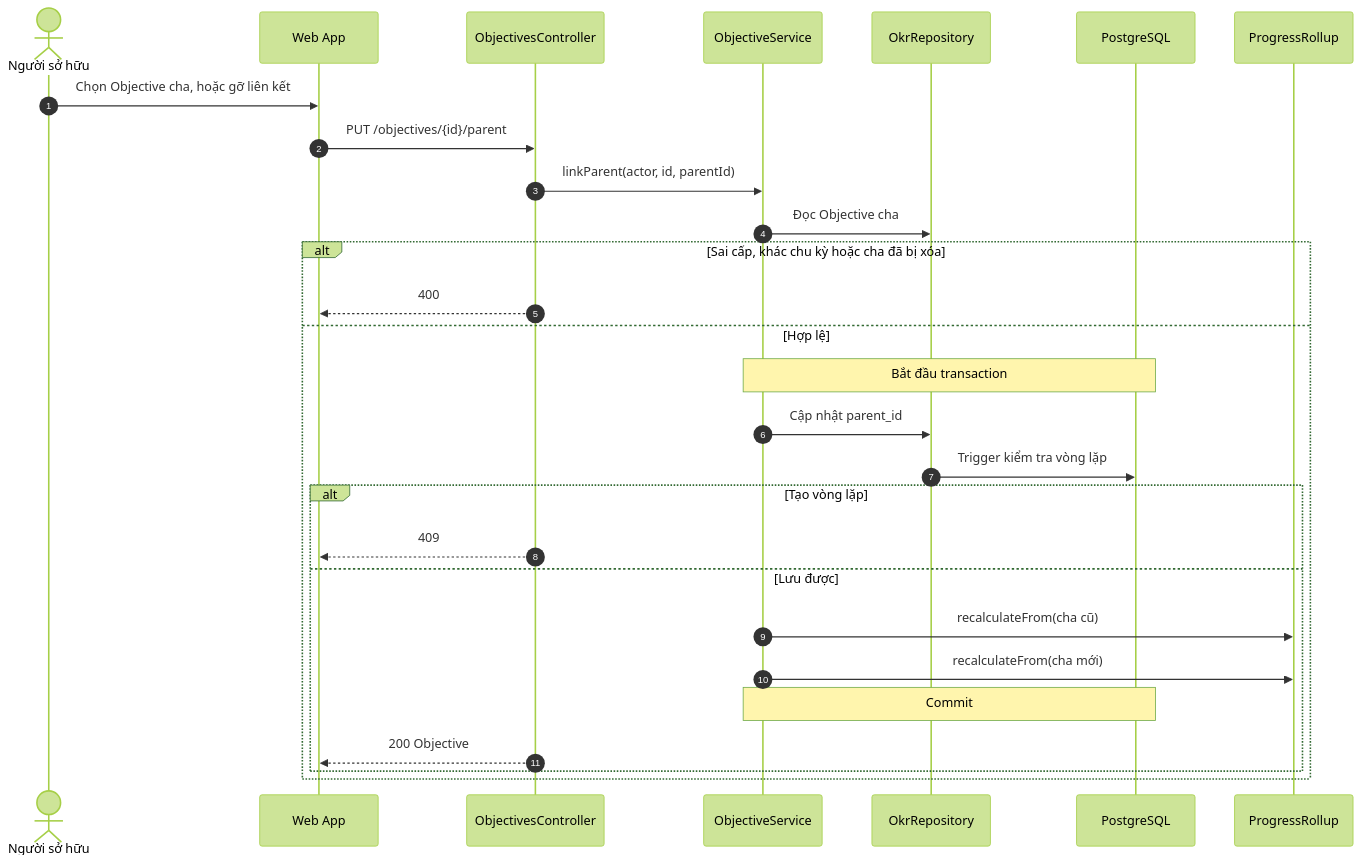
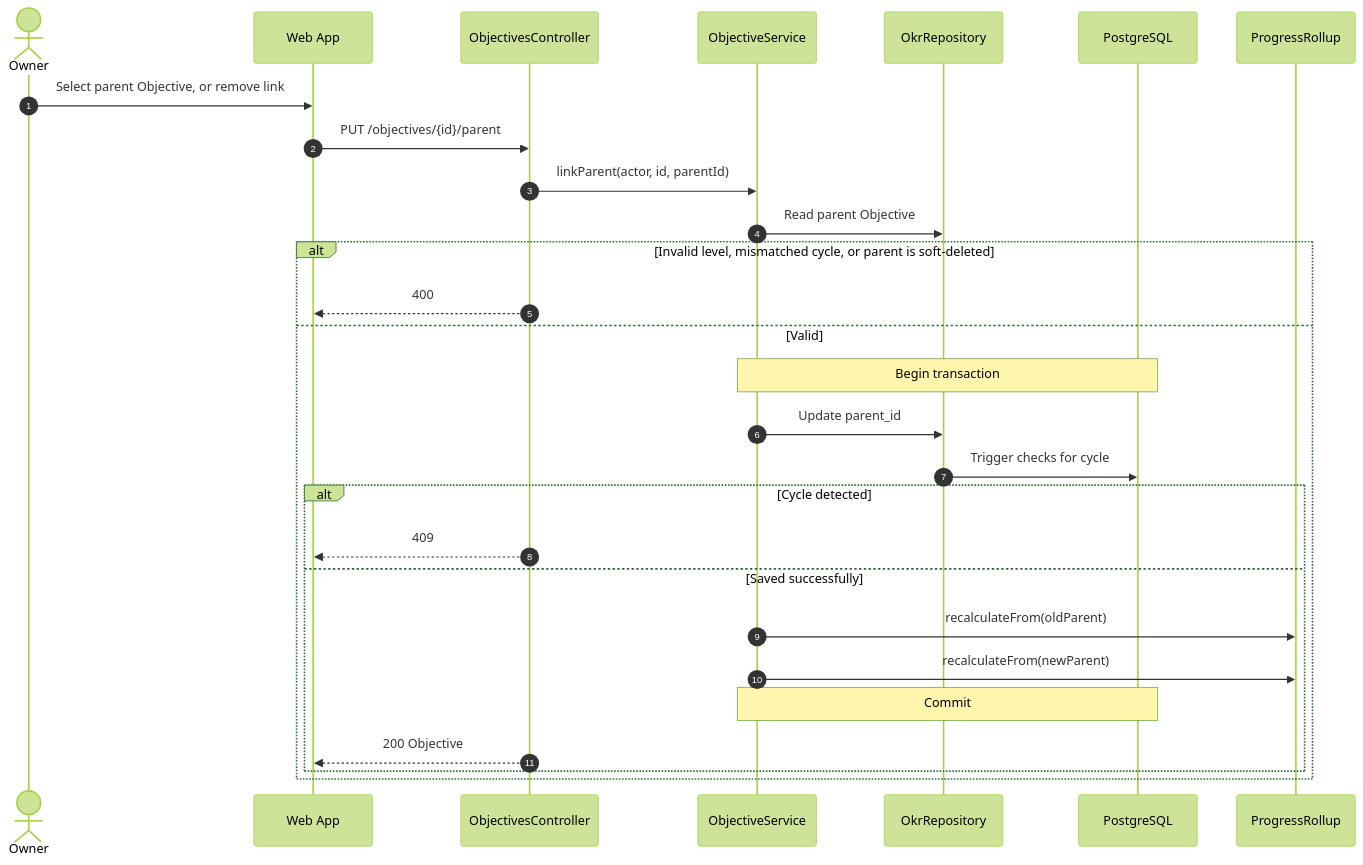
Before and after one commit to Akaza-ban/OCK-360: the tenth of 32 diagrams in docs/architecture/sequence-diagrams.md, drawn with Mermaid (forest theme). The commit also changed other lines of this file and 24 other files, not shown here.

````diff
--- a/docs/architecture/sequence-diagrams.md
+++ b/docs/architecture/sequence-diagrams.md
@@ -375,31 +375,31 @@
 ```mermaid
 sequenceDiagram
     autonumber
-    actor U as Người sở hữu
+    actor U as Owner
     participant W as Web App
     participant C as ObjectivesController
     participant S as ObjectiveService
     participant R as OkrRepository
     participant DB as PostgreSQL
     participant RU as ProgressRollup
 
-    U->>W: Chọn Objective cha, hoặc gỡ liên kết
+    U->>W: Select parent Objective, or remove link
     W->>C: PUT /objectives/{id}/parent
     C->>S: linkParent(actor, id, parentId)
-    S->>R: Đọc Objective cha
-    alt Sai cấp, khác chu kỳ hoặc cha đã bị xóa
+    S->>R: Read parent Objective
+    alt Invalid level, mismatched cycle, or parent is soft-deleted
         C-->>W: 400
-    else Hợp lệ
-        Note over S,DB: Bắt đầu transaction
-        S->>R: Cập nhật parent_id
-        R->>DB: Trigger kiểm tra vòng lặp
-        alt Tạo vòng lặp
+    else Valid
+        Note over S,DB: Begin transaction
+        S->>R: Update parent_id
+        R->>DB: Trigger checks for cycle
+        alt Cycle detected
             C-->>W: 409
-        else Lưu được
-            S->>RU: recalculateFrom(cha cũ)
-            S->>RU: recalculateFrom(cha mới)
+        else Saved successfully
+            S->>RU: recalculateFrom(oldParent)
+            S->>RU: recalculateFrom(newParent)
             Note over S,DB: Commit
             C-->>W: 200 Objective
         end
     end
 ```
````
